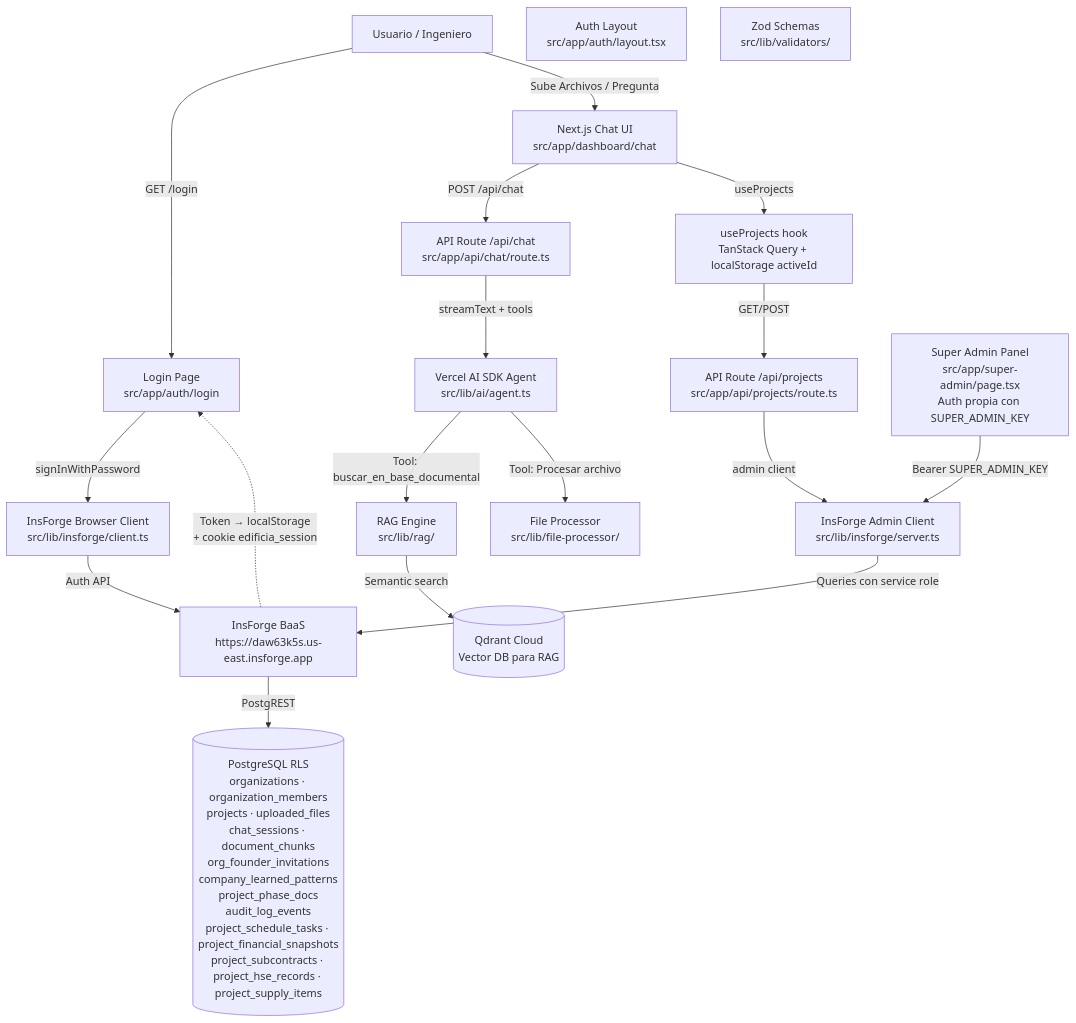
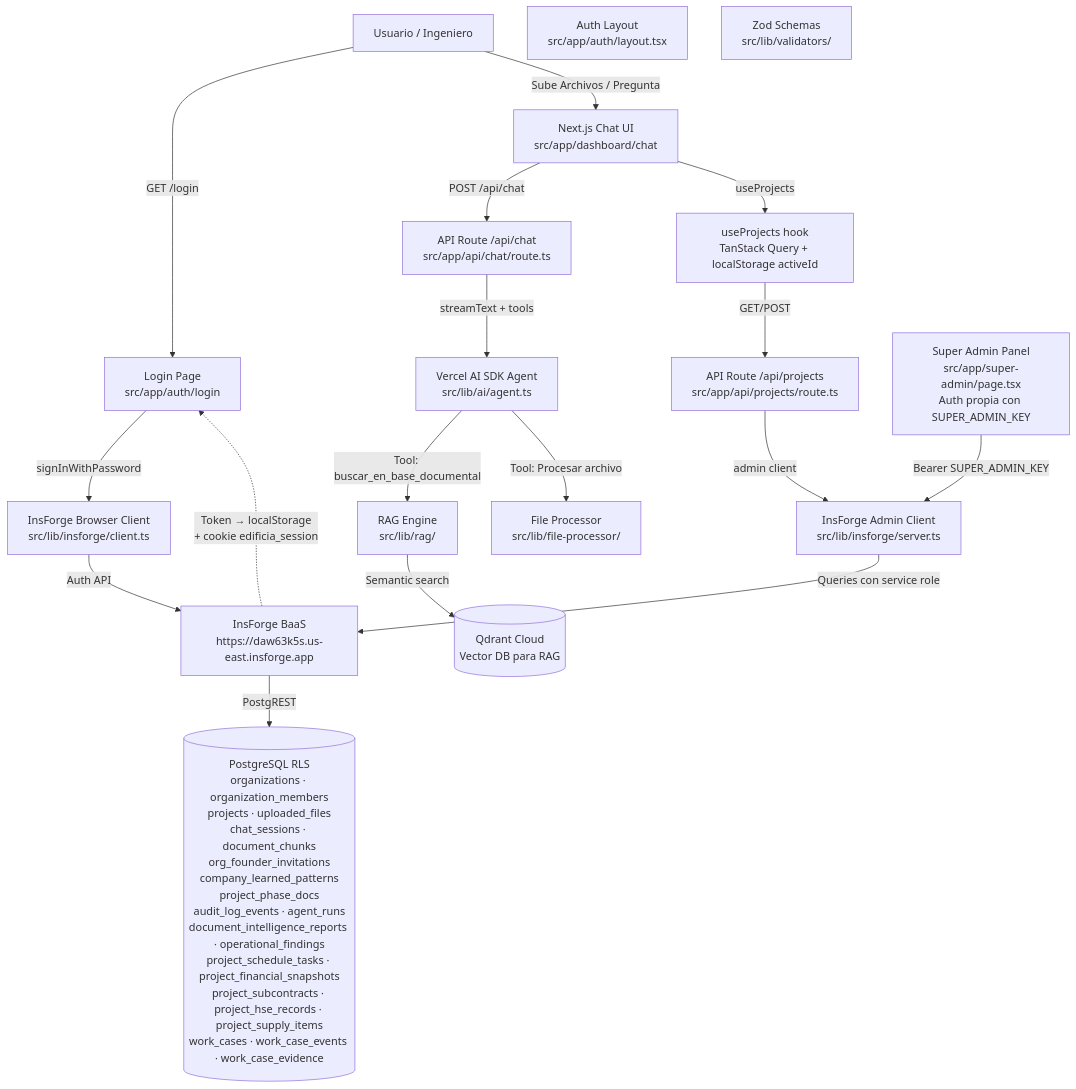
One commit to nachapoticon-dot/EdificiA-Core changed the diagram in docs/04_architecture_map.md. Above: the diagram before and after it, drawn with Mermaid. The commit also changed other lines of this file and 36 other files, not shown here.

Commit message:
Implement Agent Core work cases

````diff
--- a/docs/04_architecture_map.md
+++ b/docs/04_architecture_map.md
@@ -20,67 +20,67 @@
 ```mermaid
 graph TD
     %% Entidades externas
     User[Usuario / Ingeniero]
 
     %% Auth Flow
     LoginPage[Login Page\nsrc/app/auth/login]
     AuthLayout[Auth Layout\nsrc/app/auth/layout.tsx]
 
     %% Dashboard
     ChatUI[Next.js Chat UI\nsrc/app/dashboard/chat]
     ChatAPI[API Route /api/chat\nsrc/app/api/chat/route.ts]
 
     %% AI
     AI_Agent[Vercel AI SDK Agent\nsrc/lib/ai/agent.ts]
 
     %% InsForge
     BrowserClient[InsForge Browser Client\nsrc/lib/insforge/client.ts]
     AdminClient[InsForge Admin Client\nsrc/lib/insforge/server.ts]
     InsForgeBackend[InsForge BaaS\nhttps://daw63k5s.us-east.insforge.app]
 
     %% DB
-    DB[(PostgreSQL RLS\norganizations · organization_members\nprojects · uploaded_files\nchat_sessions · document_chunks\norg_founder_invitations\ncompany_learned_patterns\nproject_phase_docs\naudit_log_events\nproject_schedule_tasks · project_financial_snapshots\nproject_subcontracts · project_hse_records · project_supply_items)]
+    DB[(PostgreSQL RLS\norganizations · organization_members\nprojects · uploaded_files\nchat_sessions · document_chunks\norg_founder_invitations\ncompany_learned_patterns\nproject_phase_docs\naudit_log_events · agent_runs\ndocument_intelligence_reports · operational_findings\nproject_schedule_tasks · project_financial_snapshots\nproject_subcontracts · project_hse_records · project_supply_items\nwork_cases · work_case_events · work_case_evidence)]
 
     %% Qdrant
     Qdrant[(Qdrant Cloud\nVector DB para RAG)]
 
     %% Tools
     Parser[File Processor\nsrc/lib/file-processor/]
     RAG[RAG Engine\nsrc/lib/rag/]
 
     %% Validators
     Validators[Zod Schemas\nsrc/lib/validators/]
 
     %% Projects API
     ProjectsAPI[API Route /api/projects\nsrc/app/api/projects/route.ts]
     useProjects[useProjects hook\nTanStack Query + localStorage activeId]
 
     %% Super Admin
     SuperAdmin[Super Admin Panel\nsrc/app/super-admin/page.tsx\nAuth propia con SUPER_ADMIN_KEY]
 
     %% Conexiones Auth (middleware real + cookie de sesión)
     User -- "GET /login" --> LoginPage
     LoginPage -- "signInWithPassword" --> BrowserClient
     BrowserClient -- "Auth API" --> InsForgeBackend
     InsForgeBackend -. "Token → localStorage\n+ cookie edificia_session" .-> LoginPage
 
     %% Conexiones Chat
     User -- "Sube Archivos / Pregunta" --> ChatUI
     ChatUI -- "POST /api/chat" --> ChatAPI
     ChatAPI -- "streamText + tools" --> AI_Agent
     AI_Agent -- "Tool: buscar_en_base_documental" --> RAG
     RAG -- "Semantic search" --> Qdrant
     AI_Agent -- "Tool: Procesar archivo" --> Parser
 
     %% Projects
     ChatUI -- "useProjects" --> useProjects
     useProjects -- "GET/POST" --> ProjectsAPI
     ProjectsAPI -- "admin client" --> AdminClient
 
     %% DB
     AdminClient -- "Queries con service role" --> InsForgeBackend
     InsForgeBackend -- "PostgREST" --> DB
 
     %% Super Admin (independiente)
     SuperAdmin -- "Bearer SUPER_ADMIN_KEY" --> AdminClient
 ```
````
